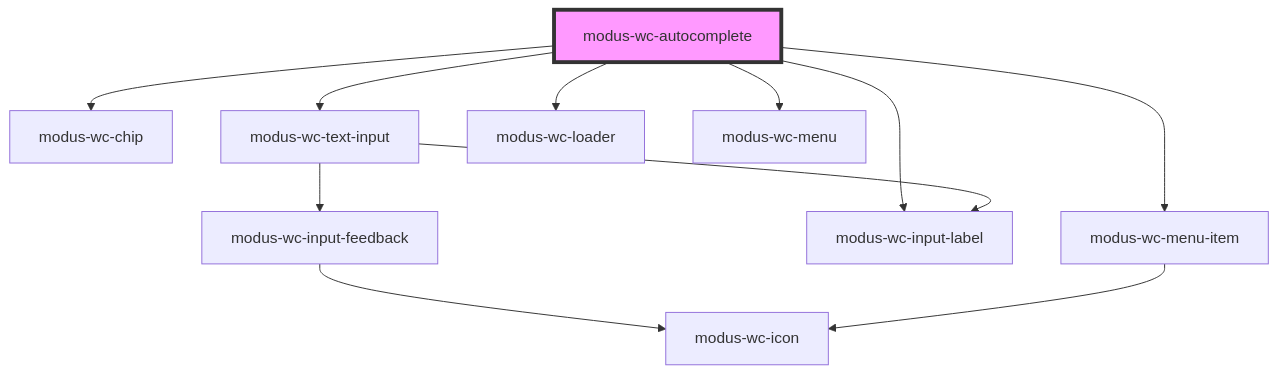
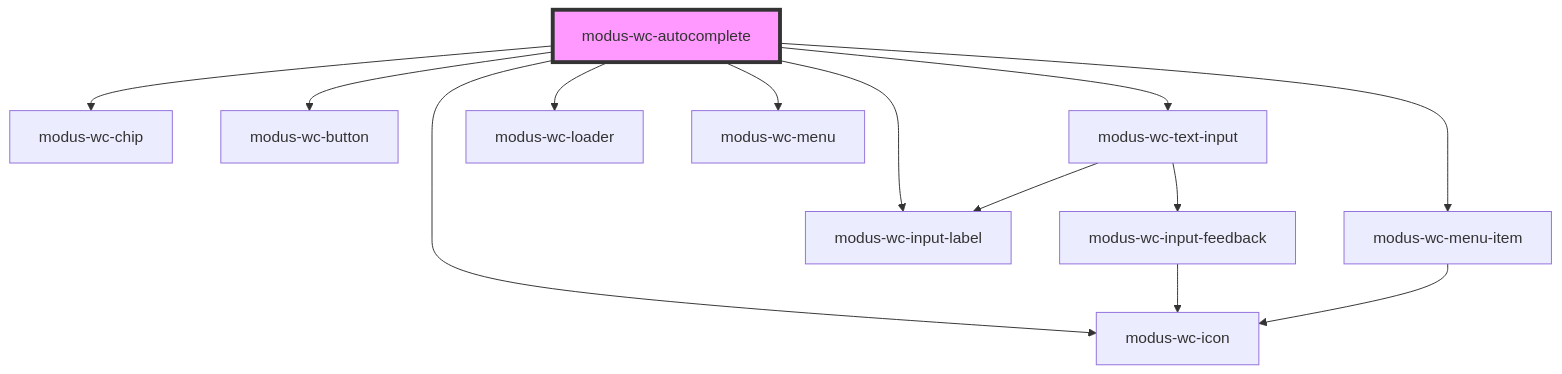
One commit to trimble-oss/modus-wc-2.0 changed the diagram in src/components/modus-wc-autocomplete/readme.md. Above: the diagram before and after it, drawn with Mermaid. The commit also changed other lines of this file and 7 other files, not shown here.

````diff
--- a/src/components/modus-wc-autocomplete/readme.md
+++ b/src/components/modus-wc-autocomplete/readme.md
@@ -63,14 +141,16 @@
 ```mermaid
 graph TD;
   modus-wc-autocomplete --> modus-wc-chip
+  modus-wc-autocomplete --> modus-wc-button
+  modus-wc-autocomplete --> modus-wc-icon
   modus-wc-autocomplete --> modus-wc-text-input
   modus-wc-autocomplete --> modus-wc-loader
   modus-wc-autocomplete --> modus-wc-menu-item
   modus-wc-autocomplete --> modus-wc-input-label
   modus-wc-autocomplete --> modus-wc-menu
   modus-wc-text-input --> modus-wc-input-label
   modus-wc-text-input --> modus-wc-input-feedback
   modus-wc-input-feedback --> modus-wc-icon
   modus-wc-menu-item --> modus-wc-icon
   style modus-wc-autocomplete fill:#f9f,stroke:#333,stroke-width:4px
 ```
````
